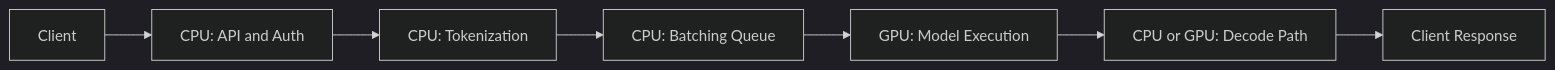
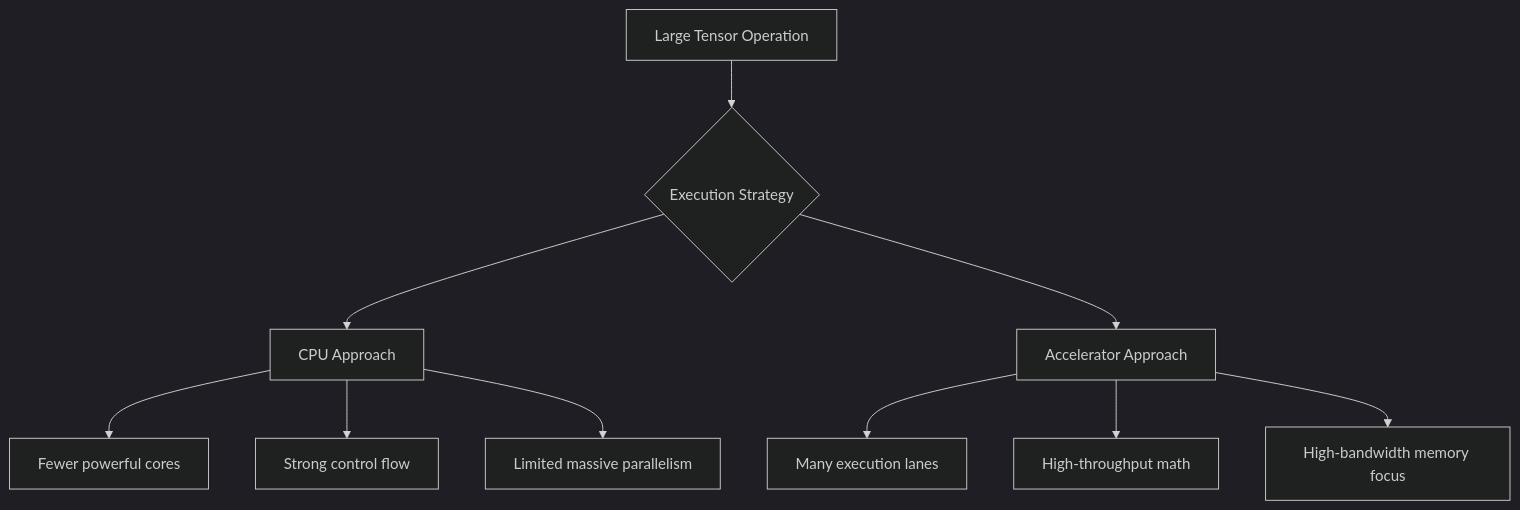
One commit to jithinpnjm/nvidia-devops changed the third of 3 diagrams in docs/nvidia-zero-to-hero/volume-01/chapter-02-why-cpus-became-insufficient.md. Above: the diagram before and after it, drawn with Mermaid (dark theme). The commit also changed other lines of this file, not shown here.

````diff
--- a/docs/nvidia-zero-to-hero/volume-01/chapter-02-why-cpus-became-insufficient.md
+++ b/docs/nvidia-zero-to-hero/volume-01/chapter-02-why-cpus-became-insufficient.md
@@ -251,12 +135,12 @@
 ```mermaid
-flowchart LR
-    client[Client]
-    api[CPU: API and Auth]
-    tokenize[CPU: Tokenization]
-    batch[CPU: Batching Queue]
-    gpu[GPU: Model Execution]
-    decode[CPU or GPU: Decode Path]
-    client2[Client Response]
-
-    client --> api --> tokenize --> batch --> gpu --> decode --> client2
+flowchart TD
+    A[Large Tensor Operation] --> B{Execution Strategy}
+    B --> C[CPU Approach]
+    B --> D[Accelerator Approach]
+    C --> C1[Fewer powerful cores]
+    C --> C2[Strong control flow]
+    C --> C3[Limited massive parallelism]
+    D --> D1[Many execution lanes]
+    D --> D2[High-throughput math]
+    D --> D3[High-bandwidth memory focus]
 ```
````
